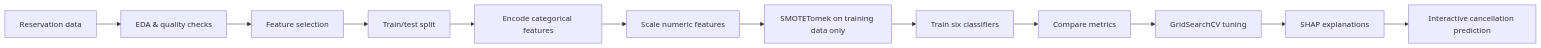
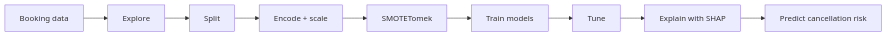
The diagram in README.md (Rohan-Rg30/Predicting_Hotel_Reservation_Cancellations), drawn with Mermaid before and after one commit. The commit also changed other lines of this file and 1 other file, not shown here.

````diff
--- a/README.md
+++ b/README.md
@@ -61,14 +56,11 @@
 ```mermaid
 flowchart LR
-    A[Reservation data] --> B[EDA & quality checks]
-    B --> C[Feature selection]
-    C --> D[Train/test split]
-    D --> E[Encode categorical features]
-    E --> F[Scale numeric features]
-    F --> G[SMOTETomek on training data only]
-    G --> H[Train six classifiers]
-    H --> I[Compare metrics]
-    I --> J[GridSearchCV tuning]
-    J --> K[SHAP explanations]
-    K --> L[Interactive cancellation prediction]
+    A[Booking data] --> B[Explore]
+    B --> C[Split]
+    C --> D[Encode + scale]
+    D --> E[SMOTETomek]
+    E --> F[Train models]
+    F --> G[Tune]
+    G --> H[Explain with SHAP]
+    H --> I[Predict cancellation risk]
 ```
````
